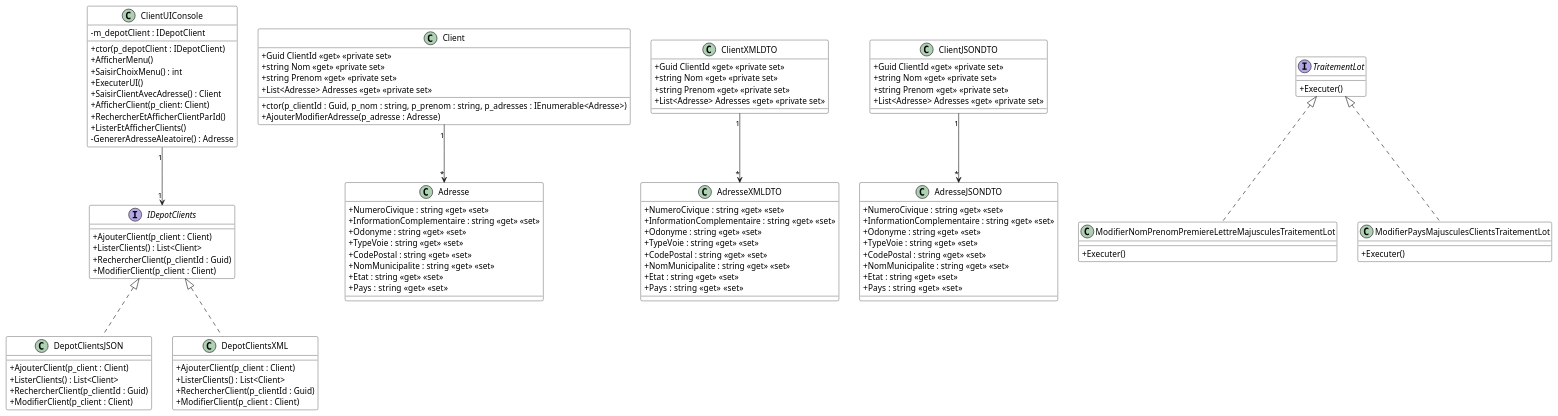
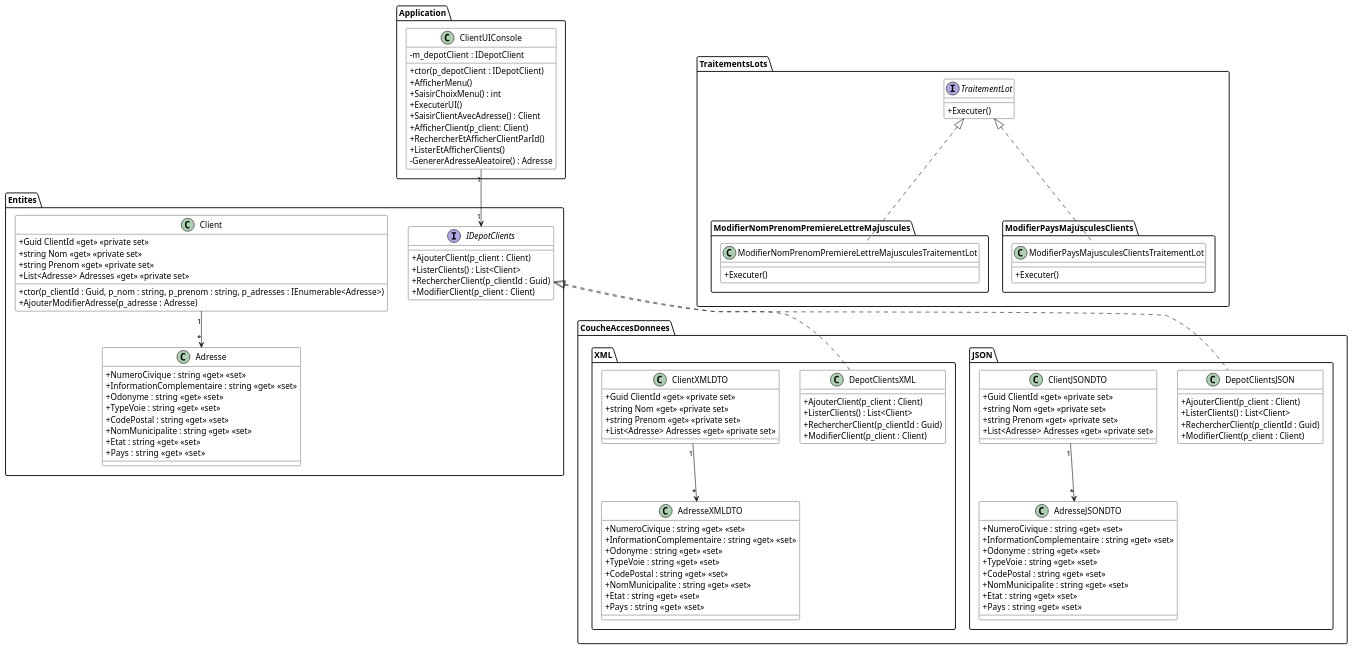
Before and after one commit to PiFou86/420-W30-SF: the diagram in Module06_Formats_Echanges/diag/src/DiagExerciceClients.wsd, drawn with PlantUML. The commit also changed 4 other files, not shown here.

```diff
--- a/Module06_Formats_Echanges/diag/src/DiagExerciceClients.wsd
+++ b/Module06_Formats_Echanges/diag/src/DiagExerciceClients.wsd
@@ -1,121 +1,148 @@
 @startuml DiagClassesClients
 
 skinparam classAttributeIconSize 0
 skinparam class {
     BackgroundColor White
     BorderColor #000
 }
 
-IDepotClients <|.. DepotClientsJSON
-IDepotClients <|.. DepotClientsXML
-Client "1" --> "*" Adresse
-ClientXMLDTO "1" --> "*" AdresseXMLDTO
-ClientJSONDTO "1" --> "*" AdresseJSONDTO
-ClientUIConsole "1" --> "1" IDepotClients
 
-TraitementLot <|.. ModifierNomPrenomPremiereLettreMajusculesTraitementLot
-TraitementLot <|.. ModifierPaysMajusculesClientsTraitementLot
+package Entites {
+    Client "1" --> "*" Adresse
 
+    class Client {
+        + ctor(p_clientId : Guid, p_nom : string, p_prenom : string, p_adresses : IEnumerable<Adresse>)
+        + Guid ClientId <<get>> <<private set>>
+        + string Nom <<get>> <<private set>>
+        + string Prenom <<get>> <<private set>>
+        + List<Adresse> Adresses <<get>> <<private set>>
+        + AjouterModifierAdresse(p_adresse : Adresse)
+    }
 
-interface IDepotClients {
-    + AjouterClient(p_client : Client)
-    + ListerClients() : List<Client>
-    + RechercherClient(p_clientId : Guid)
-    + ModifierClient(p_client : Client)
+    class Adresse {
+        + NumeroCivique : string <<get>> <<set>>
+        + InformationComplementaire : string <<get>> <<set>>
+        + Odonyme : string <<get>> <<set>>
+        + TypeVoie : string <<get>> <<set>>
+        + CodePostal : string <<get>> <<set>>
+        + NomMunicipalite : string <<get>> <<set>>
+        + Etat : string <<get>> <<set>>
+        + Pays : string  <<get>> <<set>>
+    }
+
+    interface IDepotClients {
+        + AjouterClient(p_client : Client)
+        + ListerClients() : List<Client>
+        + RechercherClient(p_clientId : Guid)
+        + ModifierClient(p_client : Client)
+    }
 }
 
-class DepotClientsXML {
-    + AjouterClient(p_client : Client)
-    + ListerClients() : List<Client>
-    + RechercherClient(p_clientId : Guid)
-    + ModifierClient(p_client : Client)
+package CoucheAccesDonnees.JSON {
+    IDepotClients <|.. DepotClientsJSON
+    ClientJSONDTO "1" --> "*" AdresseJSONDTO
+
+    class ClientJSONDTO {
+        + Guid ClientId <<get>> <<private set>>
+        + string Nom <<get>> <<private set>>
+        + string Prenom <<get>> <<private set>>
+        + List<Adresse> Adresses <<get>> <<private set>>
+    }
+
+    class AdresseJSONDTO {
+        + NumeroCivique : string <<get>> <<set>>
+        + InformationComplementaire : string <<get>> <<set>>
+        + Odonyme : string <<get>> <<set>>
+        + TypeVoie : string <<get>> <<set>>
+        + CodePostal : string <<get>> <<set>>
+        + NomMunicipalite : string <<get>> <<set>>
+        + Etat : string <<get>> <<set>>
+        + Pays : string  <<get>> <<set>>
+    }
+
+    class DepotClientsJSON {
+        + AjouterClient(p_client : Client)
+        + ListerClients() : List<Client>
+        + RechercherClient(p_clientId : Guid)
+        + ModifierClient(p_client : Client)
+    }
 }
 
-class DepotClientsJSON {
-    + AjouterClient(p_client : Client)
-    + ListerClients() : List<Client>
-    + RechercherClient(p_clientId : Guid)
-    + ModifierClient(p_client : Client)
+package CoucheAccesDonnees.XML {
+    IDepotClients <|.. DepotClientsXML
+    ClientXMLDTO "1" --> "*" AdresseXMLDTO
+
+    class ClientXMLDTO {
+        + Guid ClientId <<get>> <<private set>>
+        + string Nom <<get>> <<private set>>
+        + string Prenom <<get>> <<private set>>
+        + List<Adresse> Adresses <<get>> <<private set>>
+    }
+
+    class DepotClientsXML {
+        + AjouterClient(p_client : Client)
+        + ListerClients() : List<Client>
+        + RechercherClient(p_clientId : Guid)
+        + ModifierClient(p_client : Client)
+    }
+
+    class AdresseXMLDTO {
+        + NumeroCivique : string <<get>> <<set>>
+        + InformationComplementaire : string <<get>> <<set>>
+        + Odonyme : string <<get>> <<set>>
+        + TypeVoie : string <<get>> <<set>>
+        + CodePostal : string <<get>> <<set>>
+        + NomMunicipalite : string <<get>> <<set>>
+        + Etat : string <<get>> <<set>>
+        + Pays : string  <<get>> <<set>>
+    }
 }
 
-class Client {
-    + ctor(p_clientId : Guid, p_nom : string, p_prenom : string, p_adresses : IEnumerable<Adresse>)
-    + Guid ClientId <<get>> <<private set>>
-    + string Nom <<get>> <<private set>>
-    + string Prenom <<get>> <<private set>>
-    + List<Adresse> Adresses <<get>> <<private set>>
-    + AjouterModifierAdresse(p_adresse : Adresse)
+package Application {
+    ClientUIConsole "1" --> "1" IDepotClients
+
+    class ClientUIConsole {
+        - m_depotClient : IDepotClient
+        + ctor(p_depotClient : IDepotClient)
+        + AfficherMenu()
+        + SaisirChoixMenu() : int
+        + ExecuterUI()
+        + SaisirClientAvecAdresse() : Client
+        + AfficherClient(p_client: Client)
+        + RechercherEtAfficherClientParId()
+        + ListerEtAfficherClients()
+        - GenererAdresseAleatoire() : Adresse
+    }
 }
 
-class ClientJSONDTO {
-    + Guid ClientId <<get>> <<private set>>
-    + string Nom <<get>> <<private set>>
-    + string Prenom <<get>> <<private set>>
-    + List<Adresse> Adresses <<get>> <<private set>>
+package TraitementsLots {
+    interface TraitementLot {
+        + Executer()
+    }
 }
 
-class ClientXMLDTO {
-    + Guid ClientId <<get>> <<private set>>
-    + string Nom <<get>> <<private set>>
-    + string Prenom <<get>> <<private set>>
-    + List<Adresse> Adresses <<get>> <<private set>>
+package TraitementsLots.ModifierNomPrenomPremiereLettreMajuscules {
+    TraitementLot <|.. ModifierNomPrenomPremiereLettreMajusculesTraitementLot
+
+    class ModifierNomPrenomPremiereLettreMajusculesTraitementLot {
+        + Executer()
+    }
 }
 
-class Adresse {
-    + NumeroCivique : string <<get>> <<set>>
-    + InformationComplementaire : string <<get>> <<set>>
-    + Odonyme : string <<get>> <<set>>
-    + TypeVoie : string <<get>> <<set>>
-    + CodePostal : string <<get>> <<set>>
-    + NomMunicipalite : string <<get>> <<set>>
-    + Etat : string <<get>> <<set>>
-    + Pays : string  <<get>> <<set>>
+package TraitementsLots.ModifierPaysMajusculesClients {
+    TraitementLot <|.. ModifierPaysMajusculesClientsTraitementLot
+
+    class ModifierPaysMajusculesClientsTraitementLot {
+        + Executer()
+    }
 }
 
-class AdresseXMLDTO {
-    + NumeroCivique : string <<get>> <<set>>
-    + InformationComplementaire : string <<get>> <<set>>
-    + Odonyme : string <<get>> <<set>>
-    + TypeVoie : string <<get>> <<set>>
-    + CodePostal : string <<get>> <<set>>
-    + NomMunicipalite : string <<get>> <<set>>
-    + Etat : string <<get>> <<set>>
-    + Pays : string  <<get>> <<set>>
-}
+' TraitementsLots <.. TraitementsLots.ModifierNomPrenomPremiereLettreMajuscules
+' TraitementsLots <.. TraitementsLots.ModifierPaysMajusculesClients
 
-class AdresseJSONDTO {
-    + NumeroCivique : string <<get>> <<set>>
-    + InformationComplementaire : string <<get>> <<set>>
-    + Odonyme : string <<get>> <<set>>
-    + TypeVoie : string <<get>> <<set>>
-    + CodePostal : string <<get>> <<set>>
-    + NomMunicipalite : string <<get>> <<set>>
-    + Etat : string <<get>> <<set>>
-    + Pays : string  <<get>> <<set>>
-}
+' Entites <.. CoucheAccesDonnees.JSON
+' Entites <.. CoucheAccesDonnees.XML
+' Entites <.. Application
+' Entites <.. TraitementsLots
 
-class ClientUIConsole {
-    - m_depotClient : IDepotClient
-    + ctor(p_depotClient : IDepotClient)
-    + AfficherMenu()
-    + SaisirChoixMenu() : int
-    + ExecuterUI()
-    + SaisirClientAvecAdresse() : Client
-    + AfficherClient(p_client: Client)
-    + RechercherEtAfficherClientParId()
-    + ListerEtAfficherClients()
-    - GenererAdresseAleatoire() : Adresse
-}
-
-interface TraitementLot {
-    + Executer()
-}
-
-class ModifierNomPrenomPremiereLettreMajusculesTraitementLot {
-       + Executer()
-}
-
-class ModifierPaysMajusculesClientsTraitementLot {
-    + Executer()
-}
 @enduml
```
